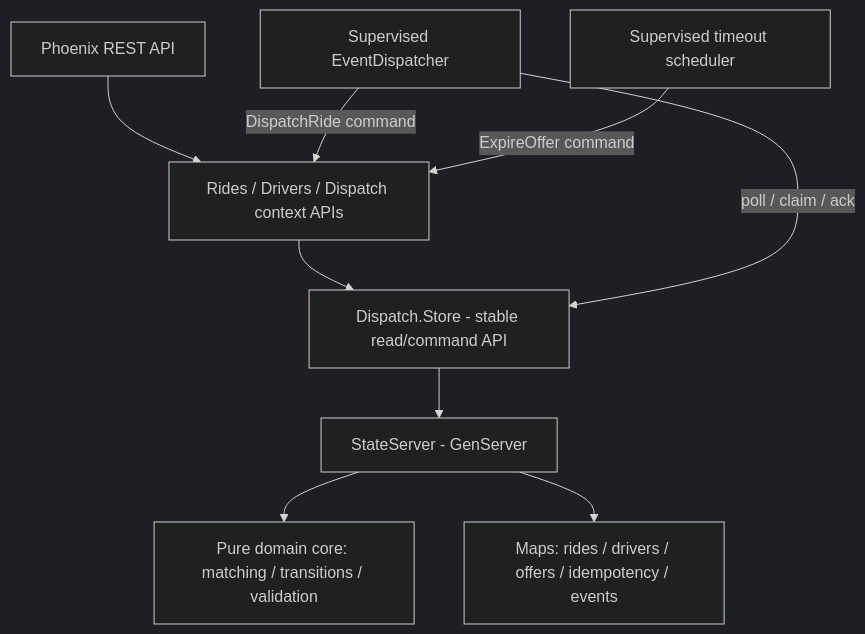
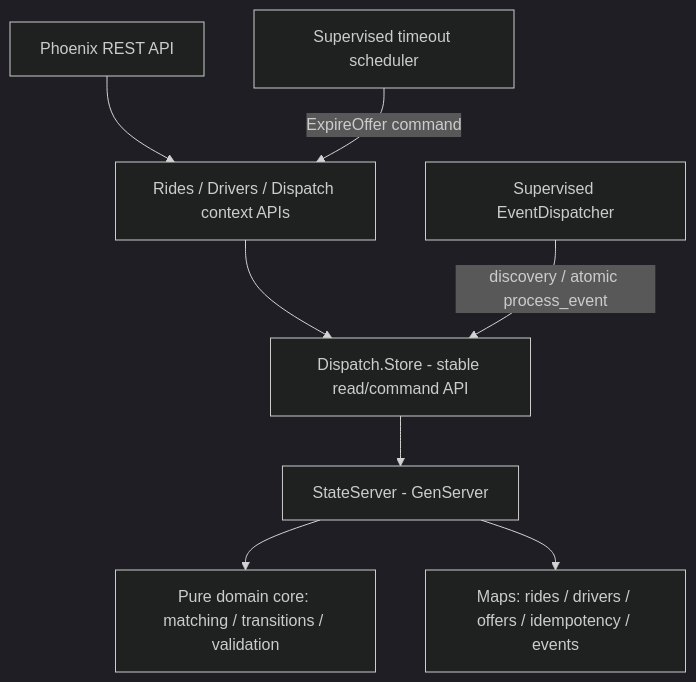
Before and after one commit to gracephan-vn/coding-challenges: the diagram in coding-challenge-3/grace-phan/docs/implementation-guide.md, drawn with Mermaid (dark theme). The commit also changed other lines of this file and 2 other files, not shown here.

Commit message:
docs(dispatch): record atomic reservation evidence and lifecycle limitations

````diff
--- a/coding-challenge-3/grace-phan/docs/implementation-guide.md
+++ b/coding-challenge-3/grace-phan/docs/implementation-guide.md
@@ -36,11 +36,10 @@
 ```mermaid
 flowchart TD
   API[Phoenix REST API] --> APP[Rides / Drivers / Dispatch context APIs]
   APP --> PORT[Dispatch.Store - stable read/command API]
   PORT --> STORE[StateServer - GenServer]
   STORE --> CORE[Pure domain core: matching / transitions / validation]
   STORE --> STATE[Maps: rides / drivers / offers / idempotency / events]
-  PUMP[Supervised EventDispatcher] -->|poll / claim / ack| PORT
-  PUMP -->|DispatchRide command| APP
+  PUMP[Supervised EventDispatcher] -->|discovery / atomic process_event| PORT
   TIMER[Supervised timeout scheduler] -->|ExpireOffer command| APP
 ```
````
